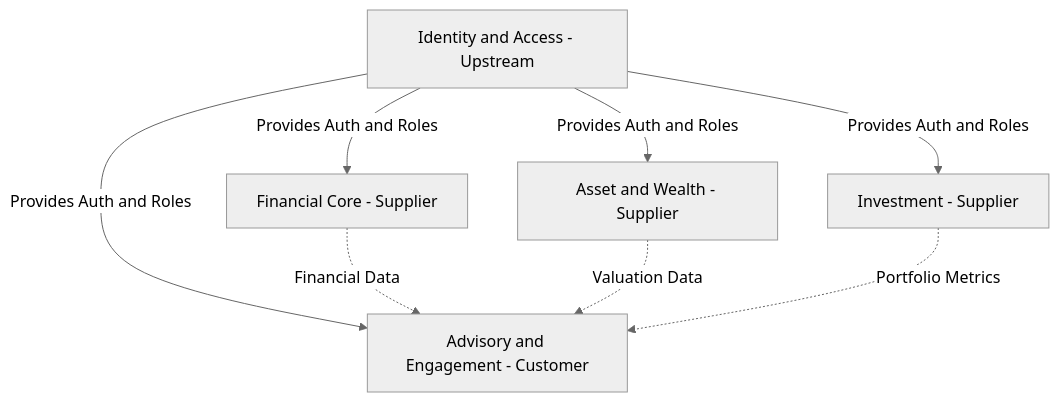
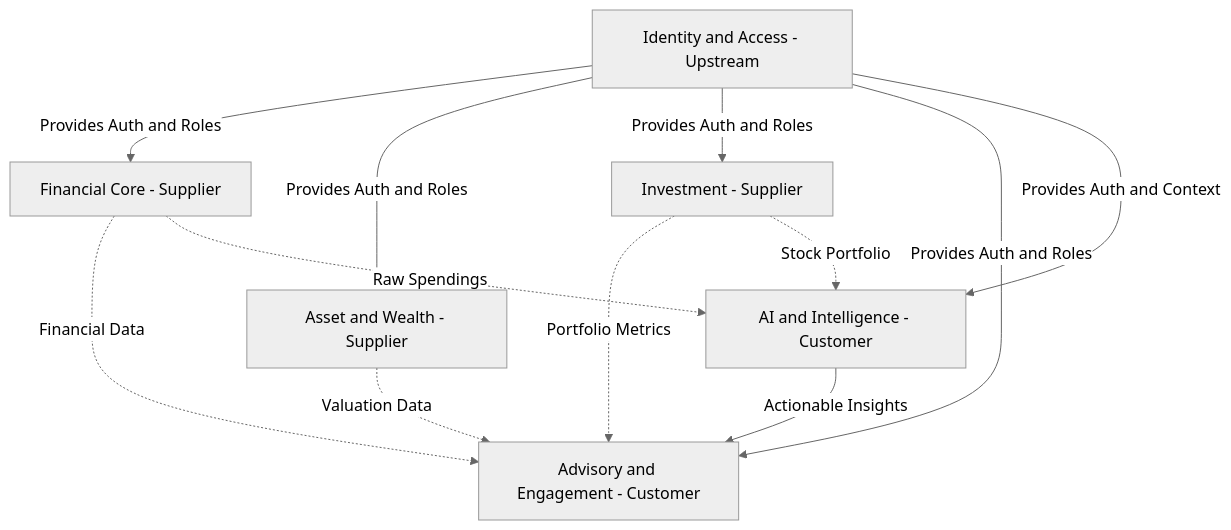
The second of 2 diagrams in reports/DDD_Architecture_Report.md (Krishna-ctrl1/DRAKZ-1), drawn with Mermaid (neutral theme) before and after one commit. The commit also changed other lines of this file and 1 other file, not shown here.

````diff
--- a/reports/DDD_Architecture_Report.md
+++ b/reports/DDD_Architecture_Report.md
@@ -72,17 +77,23 @@
 ```mermaid
 graph TD
     IAM[Identity and Access - Upstream]
     FIN[Financial Core - Supplier]
     AST[Asset and Wealth - Supplier]
     INV[Investment - Supplier]
     ADV[Advisory and Engagement - Customer]
+    AIL[AI and Intelligence - Customer]
 
     IAM -->|Provides Auth and Roles| FIN
     IAM -->|Provides Auth and Roles| AST
     IAM -->|Provides Auth and Roles| INV
     IAM -->|Provides Auth and Roles| ADV
+    IAM -->|Provides Auth and Context| AIL
 
     FIN -.->|Financial Data| ADV
     AST -.->|Valuation Data| ADV
     INV -.->|Portfolio Metrics| ADV
+
+    FIN -.->|Raw Spendings| AIL
+    INV -.->|Stock Portfolio| AIL
+    AIL -->|Actionable Insights| ADV
 ```
````
